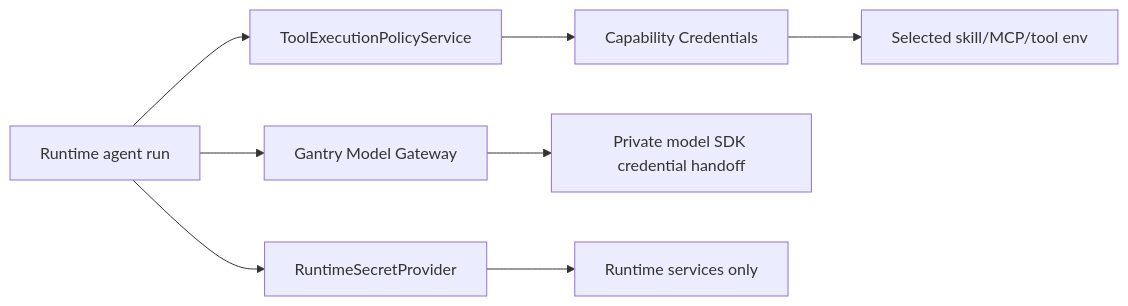
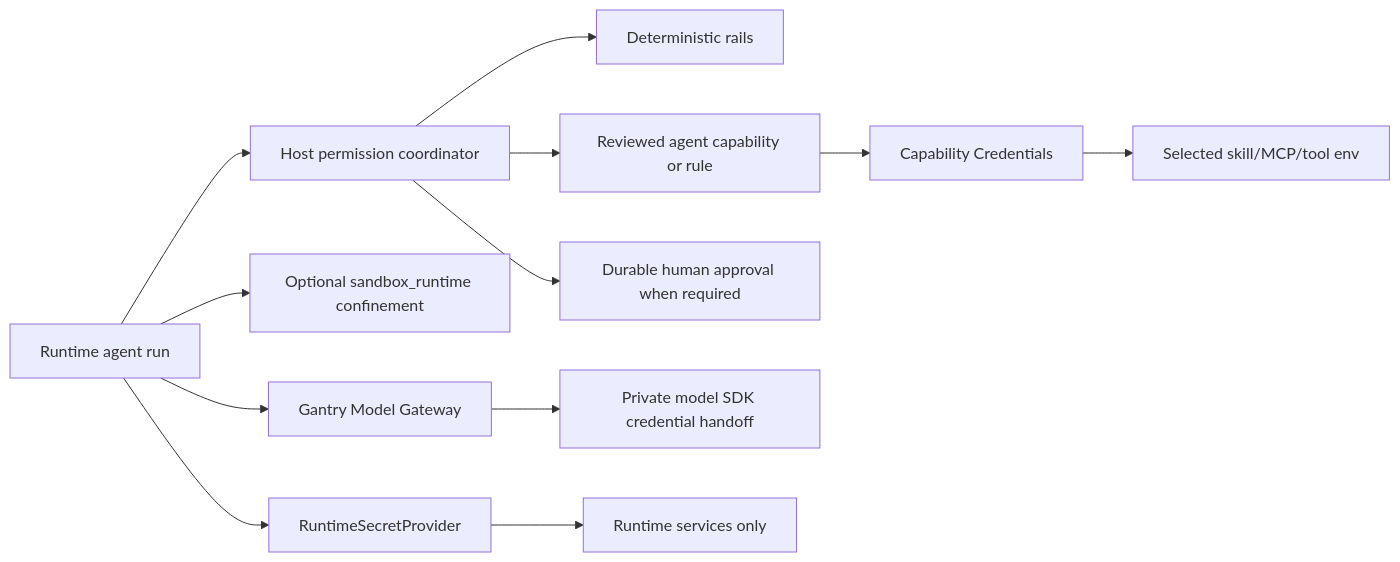
The diagram in docs/architecture/credential-management.md (knacklabs/gantry), drawn with Mermaid before and after one commit. The commit also changed other lines of this file and 32 other files, not shown here.

````diff
--- a/docs/architecture/credential-management.md
+++ b/docs/architecture/credential-management.md
@@ -701,10 +712,14 @@
 ```mermaid
 flowchart LR
-  Runtime["Runtime agent run"] --> Policy["ToolExecutionPolicyService"]
+  Runtime["Runtime agent run"] --> Coordinator["Host permission coordinator"]
+  Coordinator --> Rails["Deterministic rails"]
+  Coordinator --> Policy["Reviewed agent capability or rule"]
   Policy --> CapabilitySecrets["Capability Credentials"]
   CapabilitySecrets --> CapabilityEnv["Selected skill/MCP/tool env"]
+  Coordinator --> Human["Durable human approval when required"]
+  Runtime --> Sandbox["Optional sandbox_runtime confinement"]
   Runtime --> Broker["Gantry Model Gateway"]
   Broker --> ModelInjection["Private model SDK credential handoff"]
   Runtime --> Secrets["RuntimeSecretProvider"]
   Secrets --> RuntimeOnly["Runtime services only"]
 ```
````
